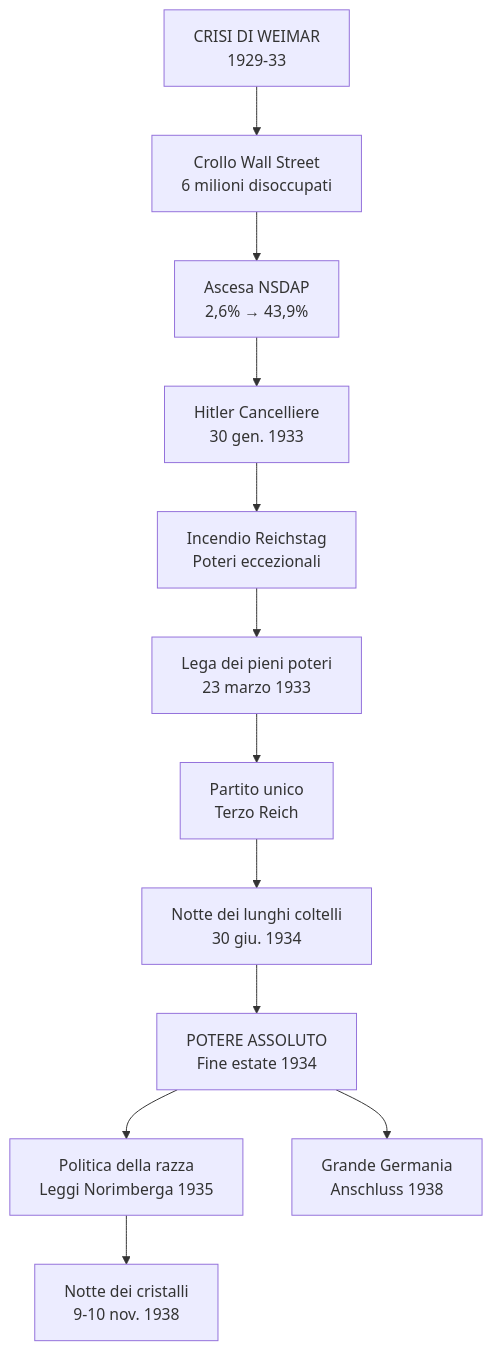
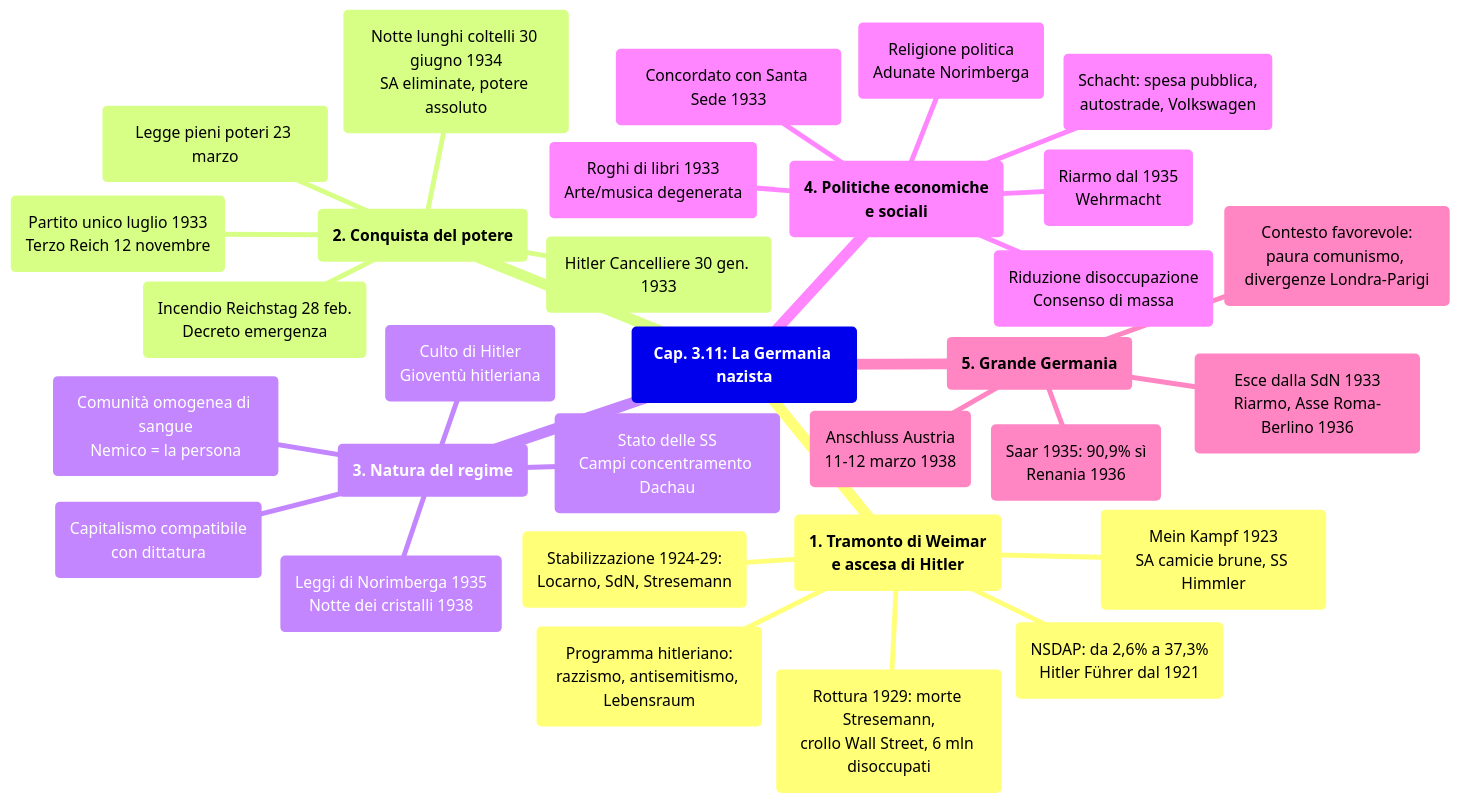
Before and after one commit to riccardo-algorime/appunti-5Bsa: the tenth of 10 diagrams in storia/materiale/studio/capitolo_3.11_studio.md, drawn with Mermaid. The commit also changed other lines of this file and 5 other files, not shown here.

````diff
--- a/storia/materiale/studio/capitolo_3.11_studio.md
+++ b/storia/materiale/studio/capitolo_3.11_studio.md
@@ -515,14 +383,34 @@
 ```mermaid
-flowchart TD
-    A[CRISI DI WEIMAR<br/>1929-33] --> B[Crollo Wall Street<br/>6 milioni disoccupati]
-    B --> C[Ascesa NSDAP<br/>2,6% → 43,9%]
-    C --> D[Hitler Cancelliere<br/>30 gen. 1933]
-    D --> E[Incendio Reichstag<br/>Poteri eccezionali]
-    E --> F[Lega dei pieni poteri<br/>23 marzo 1933]
-    F --> G[Partito unico<br/>Terzo Reich]
-    G --> H[Notte dei lunghi coltelli<br/>30 giu. 1934]
-    H --> I[POTERE ASSOLUTO<br/>Fine estate 1934]
-    I --> J[Politica della razza<br/>Leggi Norimberga 1935]
-    J --> K[Notte dei cristalli<br/>9-10 nov. 1938]
-    I --> L[Grande Germania<br/>Anschluss 1938]
+mindmap
+  root("**Cap. 3.11: La Germania nazista**")
+    ("**1. Tramonto di Weimar<br/>e ascesa di Hitler**")
+      ("Stabilizzazione 1924-29:<br/>Locarno, SdN, Stresemann")
+      ("Rottura 1929: morte Stresemann,<br/>crollo Wall Street, 6 mln disoccupati")
+      ("NSDAP: da 2,6% a 37,3%<br/>Hitler Führer dal 1921")
+      ("Programma hitleriano:<br/>razzismo, antisemitismo, Lebensraum")
+      ("Mein Kampf 1923<br/>SA camicie brune, SS Himmler")
+    ("**2. Conquista del potere**")
+      ("Hitler Cancelliere 30 gen. 1933")
+      ("Incendio Reichstag 28 feb.<br/>Decreto emergenza")
+      ("Legge pieni poteri 23 marzo")
+      ("Partito unico luglio 1933<br/>Terzo Reich 12 novembre")
+      ("Notte lunghi coltelli 30 giugno 1934<br/>SA eliminate, potere assoluto")
+    ("**3. Natura del regime**")
+      ("Comunità omogenea di sangue<br/>Nemico = la persona")
+      ("Stato delle SS<br/>Campi concentramento Dachau")
+      ("Leggi di Norimberga 1935<br/>Notte dei cristalli 1938")
+      ("Culto di Hitler<br/>Gioventù hitleriana")
+      ("Capitalismo compatibile<br/>con dittatura")
+    ("**4. Politiche economiche<br/>e sociali**")
+      ("Schacht: spesa pubblica,<br/>autostrade, Volkswagen")
+      ("Riarmo dal 1935<br/>Wehrmacht")
+      ("Riduzione disoccupazione<br/>Consenso di massa")
+      ("Roghi di libri 1933<br/>Arte/musica degenerata")
+      ("Religione politica<br/>Adunate Norimberga")
+      ("Concordato con Santa Sede 1933")
+    ("**5. Grande Germania**")
+      ("Esce dalla SdN 1933<br/>Riarmo, Asse Roma-Berlino 1936")
+      ("Saar 1935: 90,9% sì<br/>Renania 1936")
+      ("Anschluss Austria<br/>11-12 marzo 1938")
+      ("Contesto favorevole:<br/>paura comunismo, divergenze Londra-Parigi")
 ```
````
